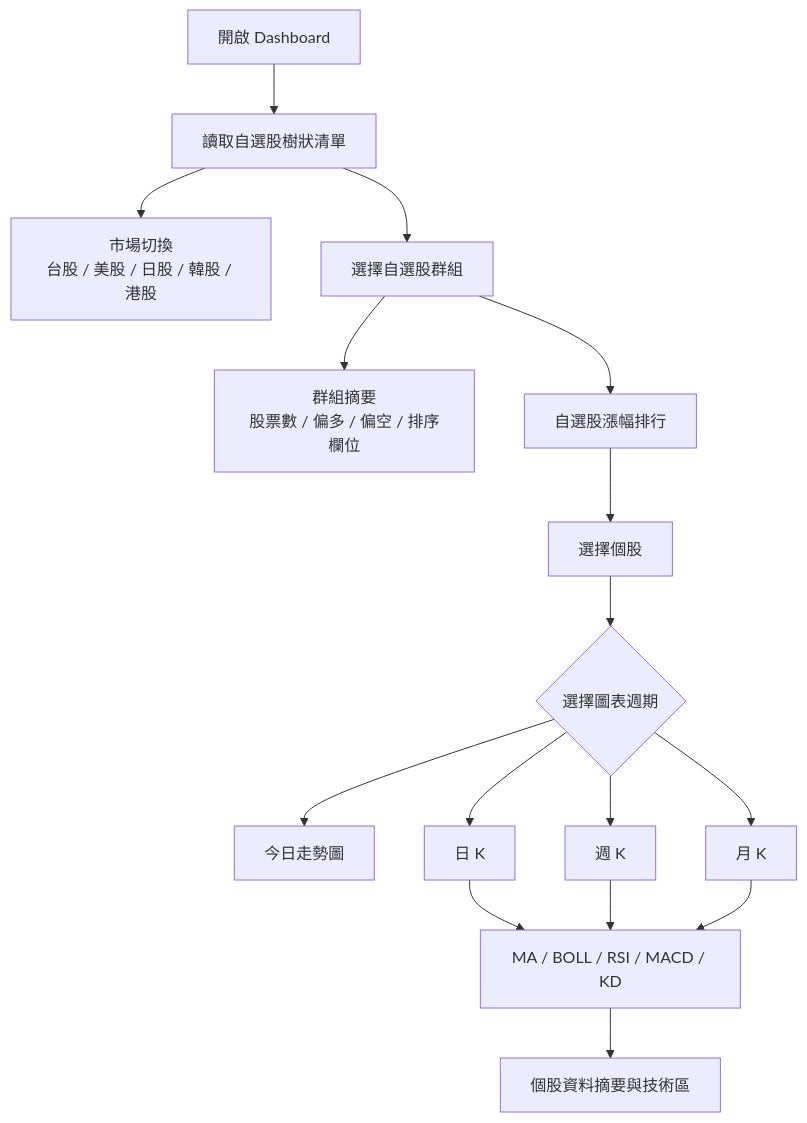
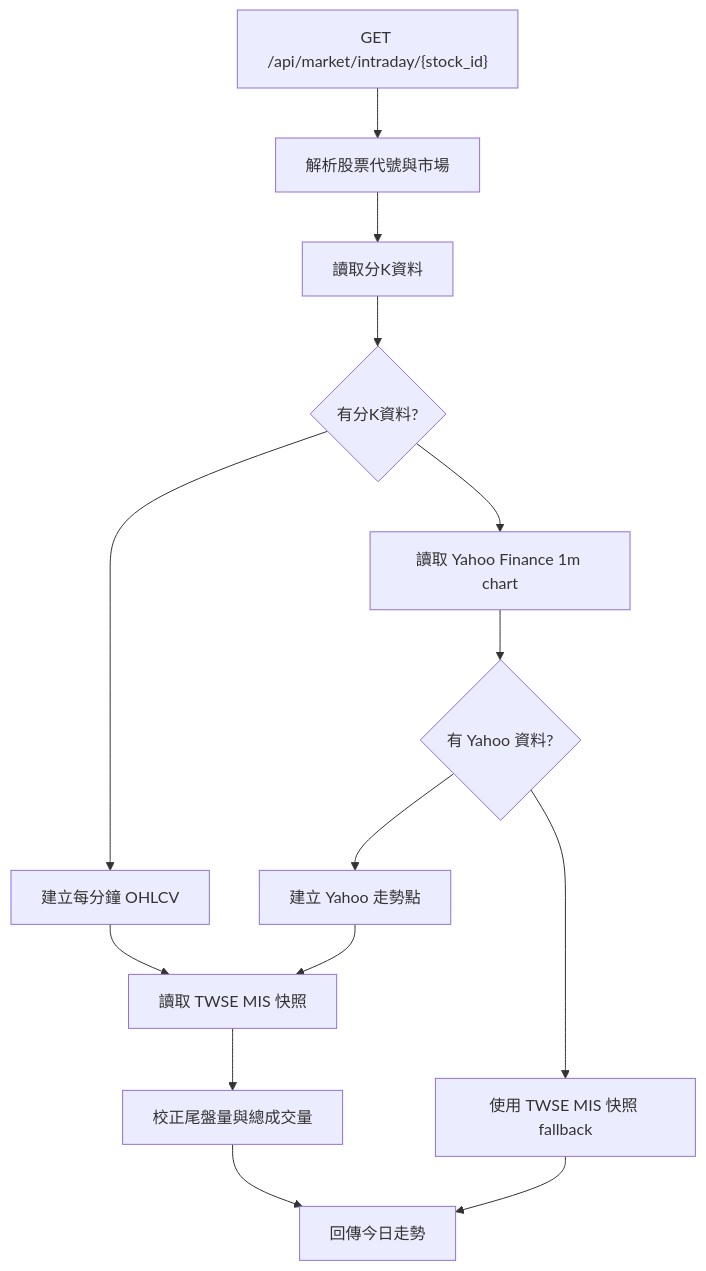
Before and after one commit to lulu930128/open-market-intelligence: the third of 4 diagrams in README.md, drawn with Mermaid. The commit also changed other lines of this file and 5 other files, not shown here.

Commit message:
Update market dashboard docs and intraday volume data

````diff
--- a/README.md
+++ b/README.md
@@ -85,18 +83,17 @@
 ```mermaid
 flowchart TD
-    open["開啟 Dashboard"] --> tree["讀取自選股樹狀清單"]
-    tree --> marketTabs["市場切換<br/>台股 / 美股 / 日股 / 韓股 / 港股"]
-    tree --> group["選擇自選股群組"]
-    group --> summary["群組摘要<br/>股票數 / 偏多 / 偏空 / 排序欄位"]
-    group --> ranking["自選股漲幅排行"]
-    ranking --> stock["選擇個股"]
-    stock --> timeframe{"選擇圖表週期"}
-    timeframe --> today["今日走勢圖"]
-    timeframe --> daily["日 K"]
-    timeframe --> weekly["週 K"]
-    timeframe --> monthly["月 K"]
-    daily --> indicators["MA / BOLL / RSI / MACD / KD"]
-    weekly --> indicators
-    monthly --> indicators
-    indicators --> detail["個股資料摘要與技術區"]
+    request["GET /api/market/intraday/{stock_id}"] --> stock["解析股票代號與市場"]
+    stock --> minute["讀取分K資料"]
+    minute --> hasMinute{"有分K資料?"}
+    hasMinute --> yes["建立每分鐘 OHLCV"]
+    yes --> mis["讀取 TWSE MIS 快照"]
+    mis --> adjust["校正尾盤量與總成交量"]
+    adjust --> response["回傳今日走勢"]
+
+    hasMinute --> no["讀取 Yahoo Finance 1m chart"]
+    no --> yahooOk{"有 Yahoo 資料?"}
+    yahooOk --> yahooYes["建立 Yahoo 走勢點"]
+    yahooYes --> mis
+    yahooOk --> yahooNo["使用 TWSE MIS 快照 fallback"]
+    yahooNo --> response
 ```
````
